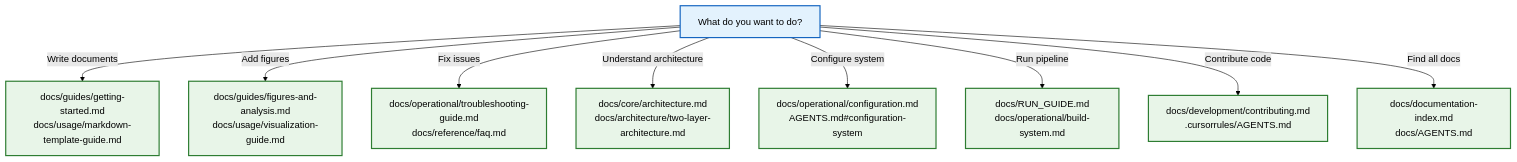
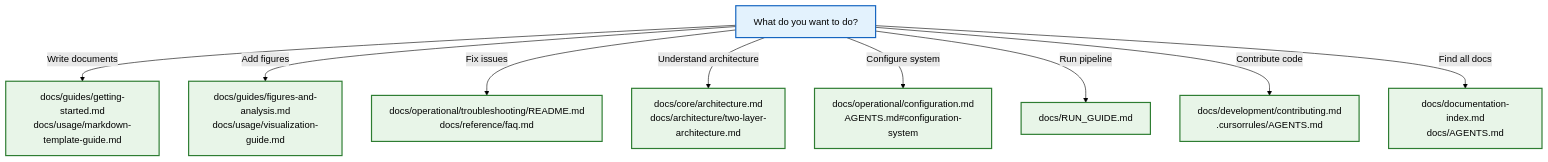
One commit to docxology/template changed diagram 13 of 14 in README.md. Above: the diagram before and after it, drawn with Mermaid (forest theme). The commit also changed other lines of this file and 243 other files, not shown here.

````diff
--- a/README.md
+++ b/README.md
@@ -1372,19 +1373,19 @@
 ```mermaid
 graph TB
     TASK[What do you want to do?]
 
     TASK -->|Write documents| WRITE[docs/guides/getting-started.md\ndocs/usage/markdown-template-guide.md]
     TASK -->|Add figures| FIGURES[docs/guides/figures-and-analysis.md\ndocs/usage/visualization-guide.md]
-    TASK -->|Fix issues| FIX[docs/operational/troubleshooting-guide.md\ndocs/reference/faq.md]
+    TASK -->|Fix issues| FIX[docs/operational/troubleshooting/README.md\ndocs/reference/faq.md]
     TASK -->|Understand architecture| ARCH[docs/core/architecture.md\ndocs/architecture/two-layer-architecture.md]
     TASK -->|Configure system| CONFIG[docs/operational/configuration.md\nAGENTS.md#configuration-system]
-    TASK -->|Run pipeline| PIPELINE[docs/RUN_GUIDE.md\ndocs/operational/build-system.md]
+    TASK -->|Run pipeline| PIPELINE[docs/RUN_GUIDE.md]
     TASK -->|Contribute code| CONTRIB[docs/development/contributing.md\n.cursorrules/AGENTS.md]
     TASK -->|Find all docs| INDEX[docs/documentation-index.md\ndocs/AGENTS.md]
 
     classDef task fill:#e3f2fd,stroke:#1565c0,stroke-width:2px
     classDef doc fill:#e8f5e8,stroke:#2e7d32,stroke-width:2px
 
     class TASK task
     class WRITE,FIGURES,FIX,ARCH,CONFIG,PIPELINE,CONTRIB,INDEX doc
 ```
````
